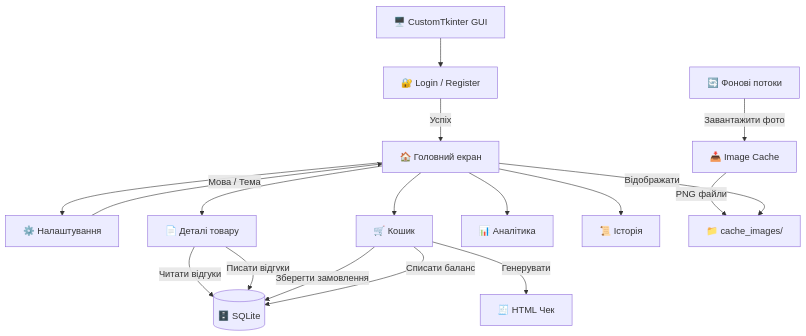
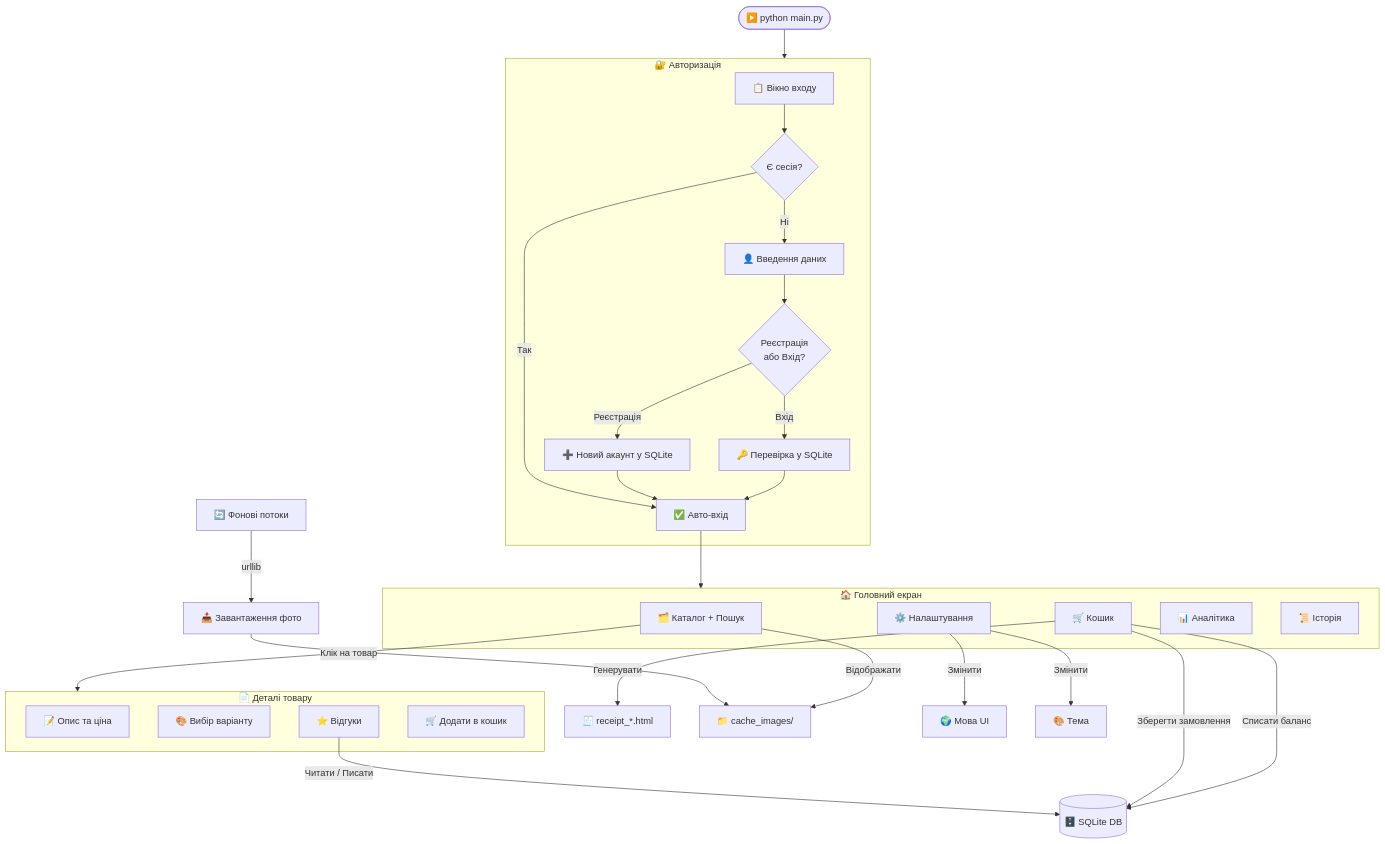
The diagram in README.md (greenyarik0505-jpg/Privet), drawn with Mermaid before and after one commit. The commit also changed other lines of this file, not shown here.

Commit message:
Massively expand README: ASCII art, full guide, roadmap, file tree, DB schema

````diff
--- a/README.md
+++ b/README.md
@@ -131,19 +260,46 @@
 ```mermaid
 graph TD
-    A["🖥️ CustomTkinter GUI"] --> B["🔐 Login / Register"]
-    B -->|Успіх| C["🏠 Головний екран"]
-    C --> D["⚙️ Налаштування"]
-    C --> E["🛒 Кошик"]
-    C --> F["📄 Деталі товару"]
-    C --> G["📊 Аналітика"]
-    C --> H["📜 Історія"]
-    D -->|Мова / Тема| C
-    F -->|Читати відгуки| I[("🗄️ SQLite")]
-    F -->|Писати відгуки| I
-    E -->|Зберегти замовлення| I
-    E -->|Списати баланс| I
-    E -->|Генерувати| J["🧾 HTML Чек"]
-    K["🔄 Фонові потоки"] -->|Завантажити фото| L["📥 Image Cache"]
-    L -->|PNG файли| M["📁 cache_images/"]
-    C -->|Відображати| M
+    START(["▶️ python main.py"]) --> AUTH
+
+    subgraph AUTH ["🔐 Авторизація"]
+        A["📋 Вікно входу"] --> B{"Є сесія?"}
+        B -->|Так| C["✅ Авто-вхід"]
+        B -->|Ні| D["👤 Введення даних"]
+        D --> E{"Реєстрація\nабо Вхід?"}
+        E -->|Реєстрація| F["➕ Новий акаунт у SQLite"]
+        E -->|Вхід| G["🔑 Перевірка у SQLite"]
+        F --> C
+        G --> C
+    end
+
+    C --> MAIN
+
+    subgraph MAIN ["🏠 Головний екран"]
+        H["🗂️ Каталог + Пошук"]
+        I["🛒 Кошик"]
+        J["⚙️ Налаштування"]
+        K["📊 Аналітика"]
+        L["📜 Історія"]
+    end
+
+    H -->|Клік на товар| DETAIL
+
+    subgraph DETAIL ["📄 Деталі товару"]
+        M["📝 Опис та ціна"]
+        N["🎨 Вибір варіанту"]
+        O["⭐ Відгуки"]
+        P["🛒 Додати в кошик"]
+    end
+
+    O -->|Читати / Писати| DB[("🗄️ SQLite DB")]
+    I -->|Зберегти замовлення| DB
+    I -->|Списати баланс| DB
+    I -->|Генерувати| RECEIPT["🧾 receipt_*.html"]
+
+    THREADS["🔄 Фонові потоки"] -->|urllib| CACHE["📥 Завантаження фото"]
+    CACHE --> FILES["📁 cache_images/"]
+    H -->|Відображати| FILES
+
+    J -->|Змінити| LANG["🌍 Мова UI"]
+    J -->|Змінити| THEME["🎨 Тема"]
 ```
````
